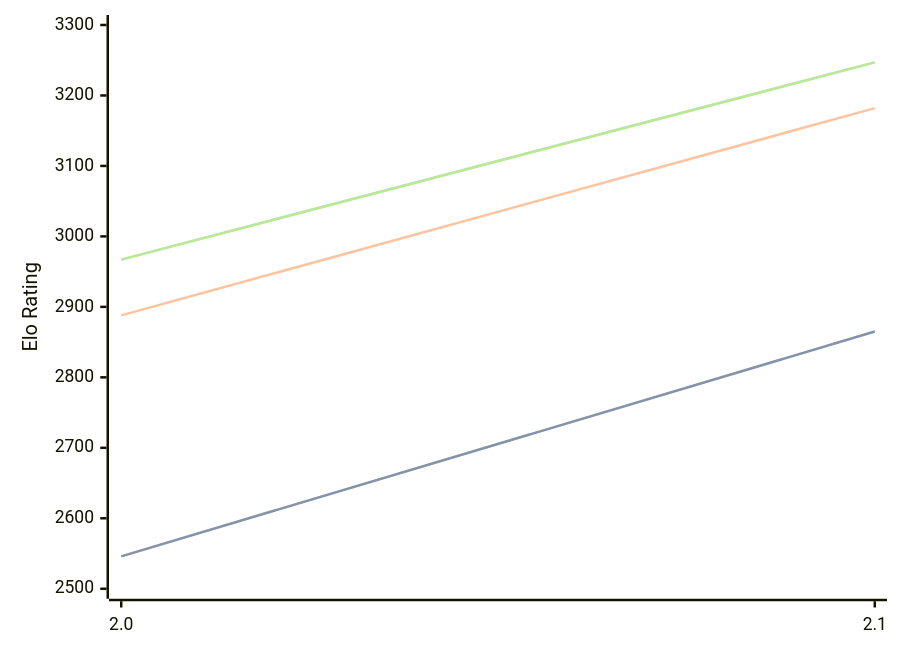
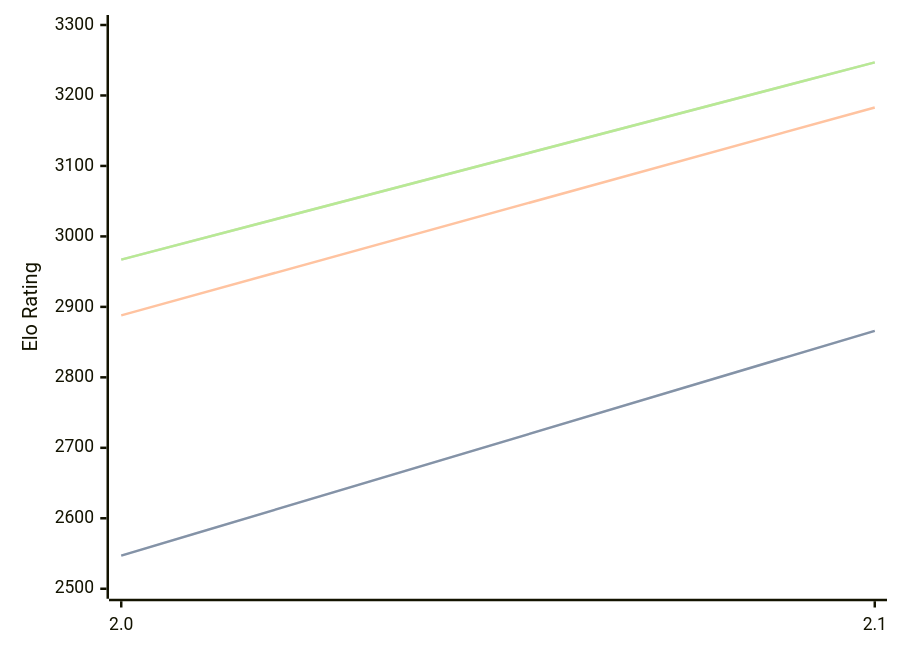
One commit to computer-chess-index/cci changed the diagram in engines/Tunguska.md. Above: the diagram before and after it, drawn with Mermaid. The commit also changed other lines of this file, not shown here.

Commit message:
Update CCI Ratings (ELO VLTC) - 2026-04-19

````diff
--- a/engines/Tunguska.md
+++ b/engines/Tunguska.md
@@ -32,11 +32,11 @@
 ```mermaid
 %%{init: {"theme":"base","themeVariables":{"seriesColors:['#a3a3a3','#222221','#faa371']}}}%%
 xychart-beta
   x-axis ["2.0", "2.1"]
   y-axis "Elo Rating" 2500 --> 3300
-  line "STC (8.0+0.08s)" [2546, 2865]
-  line "STC (8.0+0.08s)" [2546, 2865]
-  line "LTC (60.0+0.60s)" [2888, 3182]
+  line "STC (8.0+0.08s)" [2547, 2866]
+  line "STC (8.0+0.08s)" [2547, 2866]
+  line "LTC (60.0+0.60s)" [2888, 3183]
   line "VLTC (2m24s+1.12s)" [2967, 3247]
   line "VLTC (2m24s+1.12s)" [2967, 3247]
 ```
````
